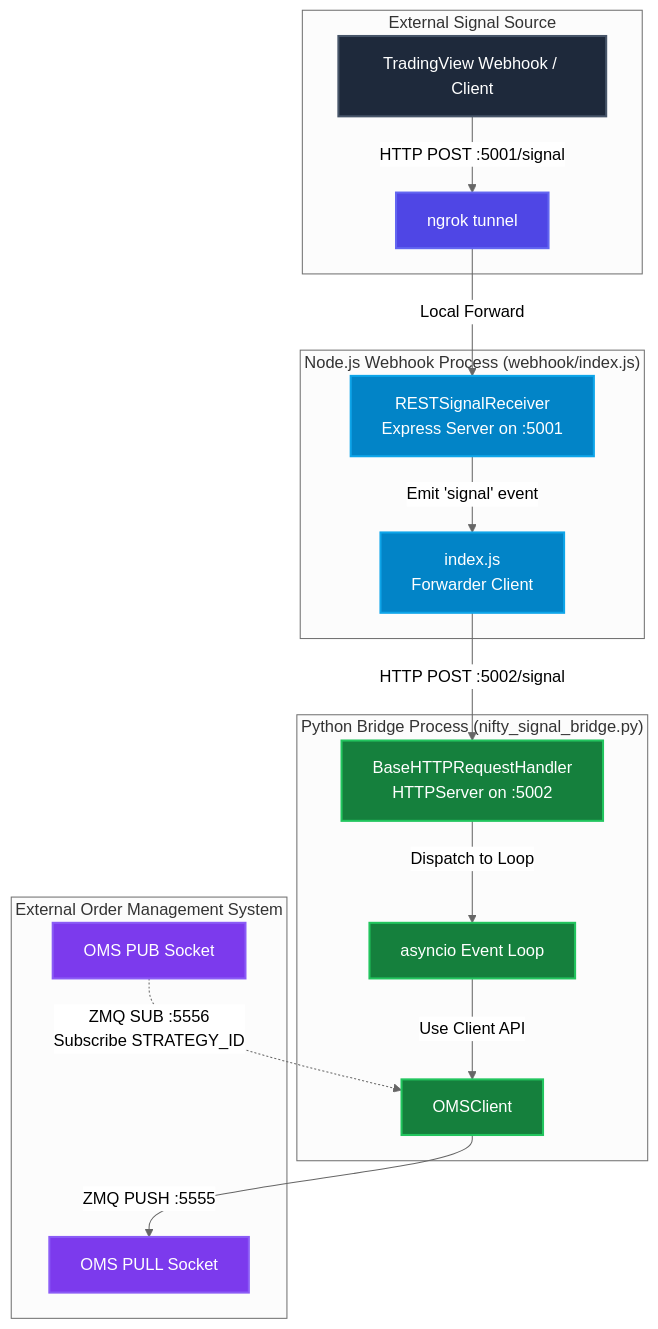
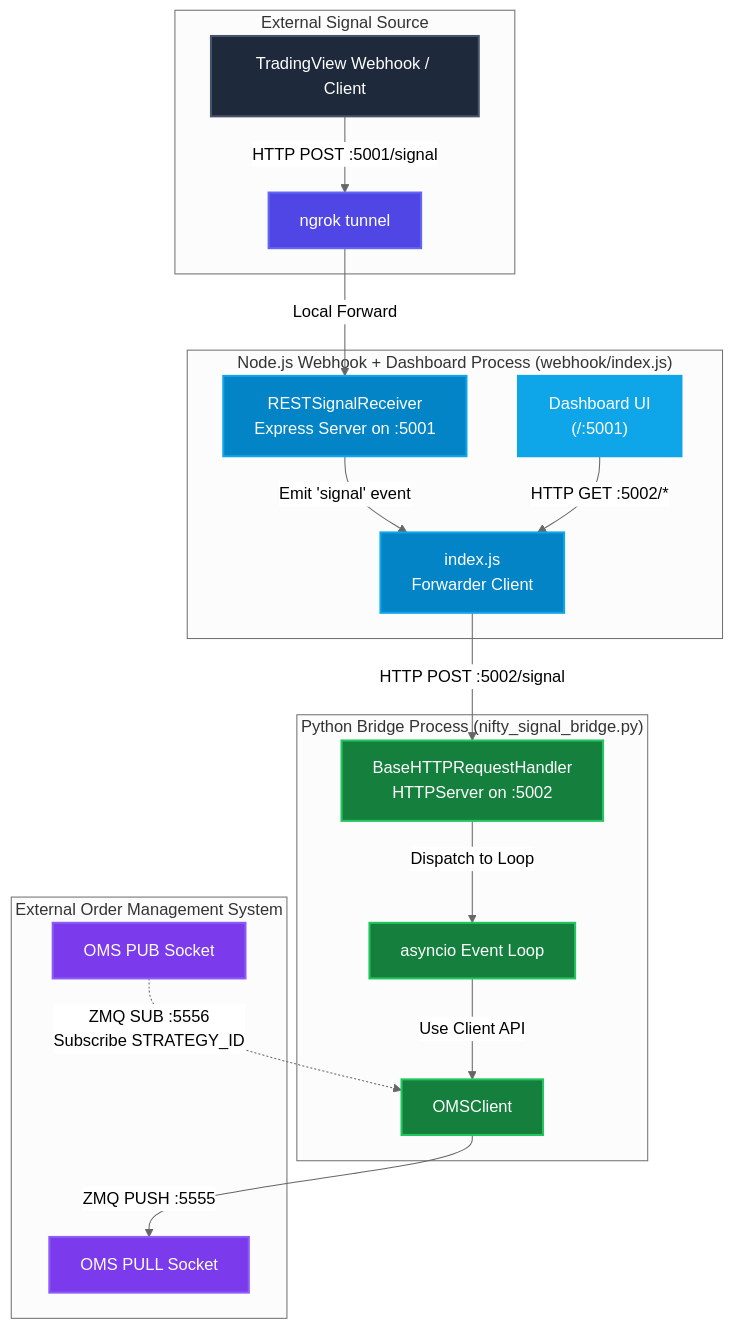
One commit to shubham-agarwal-techculture/trading-middleware-new changed the first of 2 diagrams in README.md. Above: the diagram before and after it, drawn with Mermaid (neutral theme). The commit also changed other lines of this file and 2 other files, not shown here.

````diff
--- a/README.md
+++ b/README.md
@@ -43,33 +44,35 @@
 ```mermaid
 graph TD
     subgraph Ext["External Signal Source"]
         TV["TradingView Webhook / Client"] -->|HTTP POST :5001/signal| ngrok["ngrok tunnel"]
     end
 
-    subgraph NodeWS["Node.js Webhook Process (webhook/index.js)"]
+    subgraph NodeWS["Node.js Webhook + Dashboard Process (webhook/index.js)"]
         ngrok -->|Local Forward| receiver["RESTSignalReceiver<br/>Express Server on :5001"]
         receiver -->|Emit 'signal' event| node_index["index.js<br/>Forwarder Client"]
+        Dashboard["Dashboard UI<br/>(/:5001)"] -->|HTTP GET :5002/*| node_index
     end
 
     subgraph PyBridge["Python Bridge Process (nifty_signal_bridge.py)"]
         node_index -->|HTTP POST :5002/signal| http_server["BaseHTTPRequestHandler<br/>HTTPServer on :5002"]
         http_server -->|Dispatch to Loop| loop["asyncio Event Loop"]
         loop -->|Use Client API| client["OMSClient"]
     end
 
     subgraph OMSS["External Order Management System"]
         client -->|ZMQ PUSH :5555| push["OMS PULL Socket"]
         sub["OMS PUB Socket"] -.->|ZMQ SUB :5556<br/>Subscribe STRATEGY_ID| client
     end
 
     %% Styling
     style TV fill:#1e293b,stroke:#475569,stroke-width:2px,color:#fff
     style ngrok fill:#4f46e5,stroke:#6366f1,stroke-width:2px,color:#fff
     style receiver fill:#0284c7,stroke:#0ea5e9,stroke-width:2px,color:#fff
     style node_index fill:#0284c7,stroke:#0ea5e9,stroke-width:2px,color:#fff
+    style Dashboard fill:#0ea5e9,stroke:#0ea5e9,stroke-width:2px,color:#fff
     style http_server fill:#15803d,stroke:#22c55e,stroke-width:2px,color:#fff
     style loop fill:#15803d,stroke:#22c55e,stroke-width:2px,color:#fff
     style client fill:#15803d,stroke:#22c55e,stroke-width:2px,color:#fff
     style push fill:#7c3aed,stroke:#8b5cf6,stroke-width:2px,color:#fff
     style sub fill:#7c3aed,stroke:#8b5cf6,stroke-width:2px,color:#fff
 ```
````
